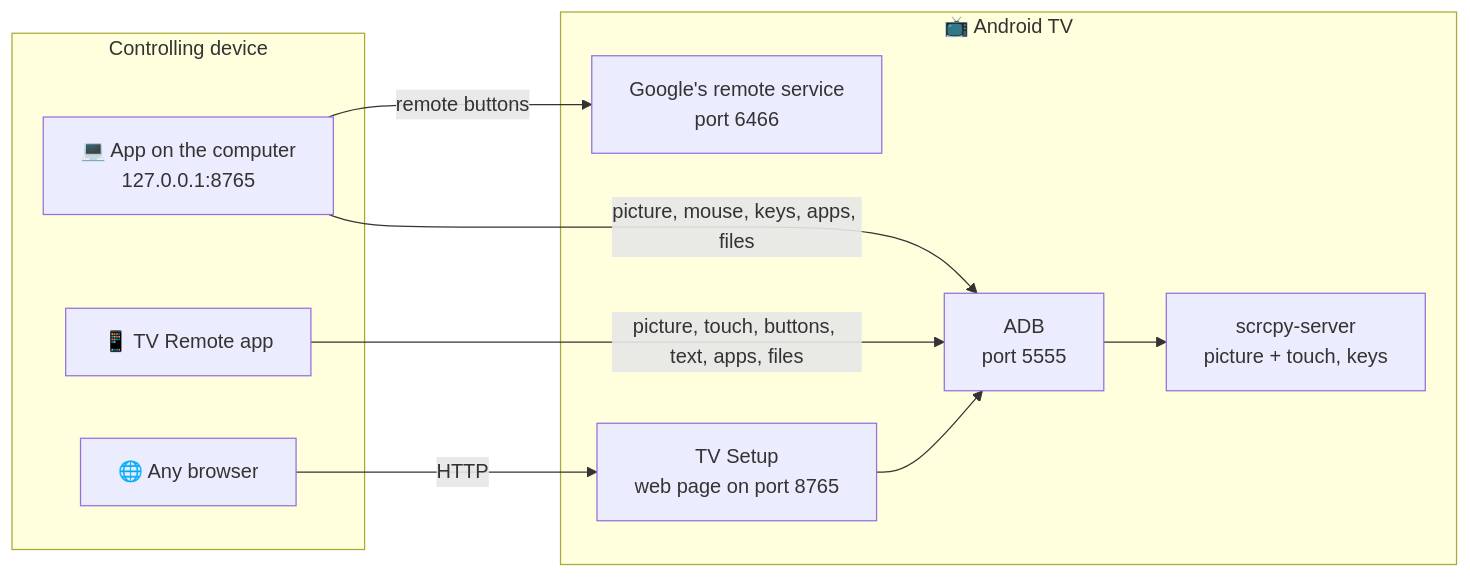
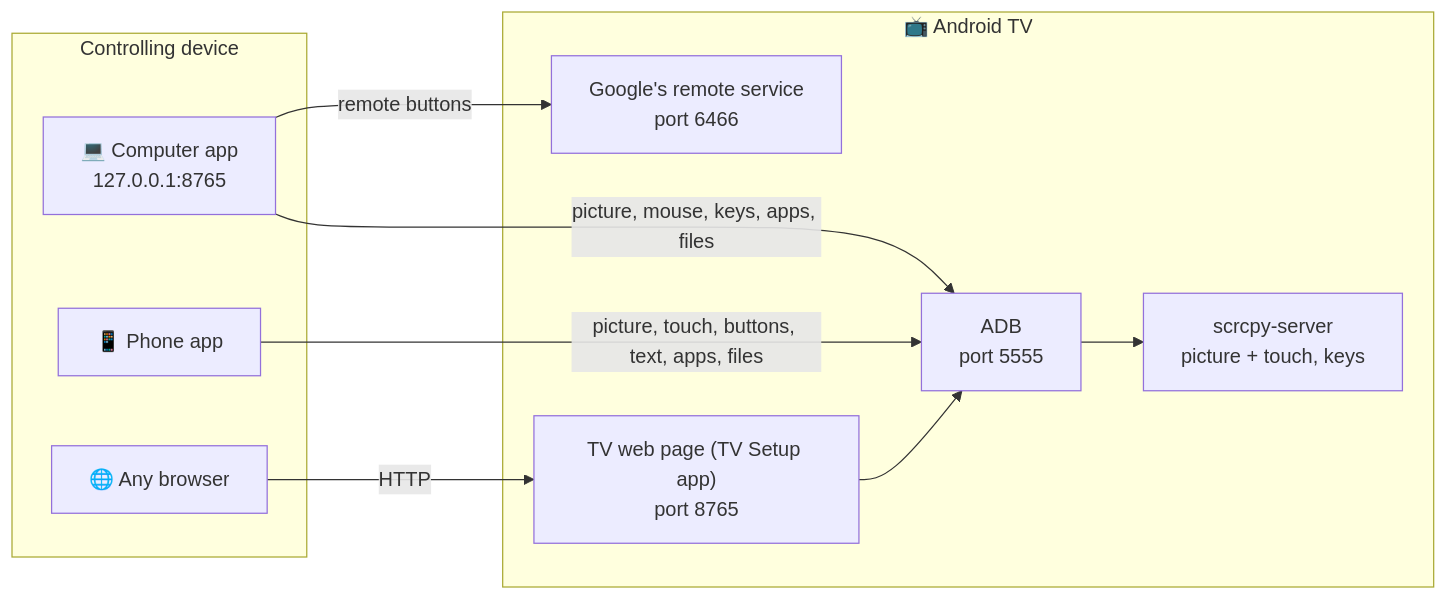
The third of 3 diagrams in README.en.md (9000000/tv-remote), drawn with Mermaid before and after one commit. The commit also changed other lines of this file and 13 other files, not shown here.

First line of the commit message:
One set of names: Phone app, Computer app, TV app (TV Setup), TV web page; README tables of what each does and diagrams of how they connect; the computer's page core is "pc" (it runs on Windows and Linux too)

````diff
--- a/README.en.md
+++ b/README.en.md
@@ -228,20 +292,20 @@
 ```mermaid
 flowchart LR
     subgraph C["Controlling device"]
-        PC["💻 App on the computer<br/>127.0.0.1:8765"]
-        PH["📱 TV Remote app"]
+        PC["💻 Computer app<br/>127.0.0.1:8765"]
+        PH["📱 Phone app"]
         BR["🌐 Any browser"]
     end
     subgraph T["📺 Android TV"]
         R["Google's remote service<br/>port 6466"]
         A["ADB<br/>port 5555"]
         S["scrcpy-server<br/>picture + touch, keys"]
-        W["TV Setup<br/>web page on port 8765"]
+        W["TV web page (TV Setup app)<br/>port 8765"]
         A --> S
         W --> A
     end
     PC -- "remote buttons" --> R
     PC -- "picture, mouse, keys, apps, files" --> A
     PH -- "picture, touch, buttons, text, apps, files" --> A
     BR -- "HTTP" --> W
 ```
````
